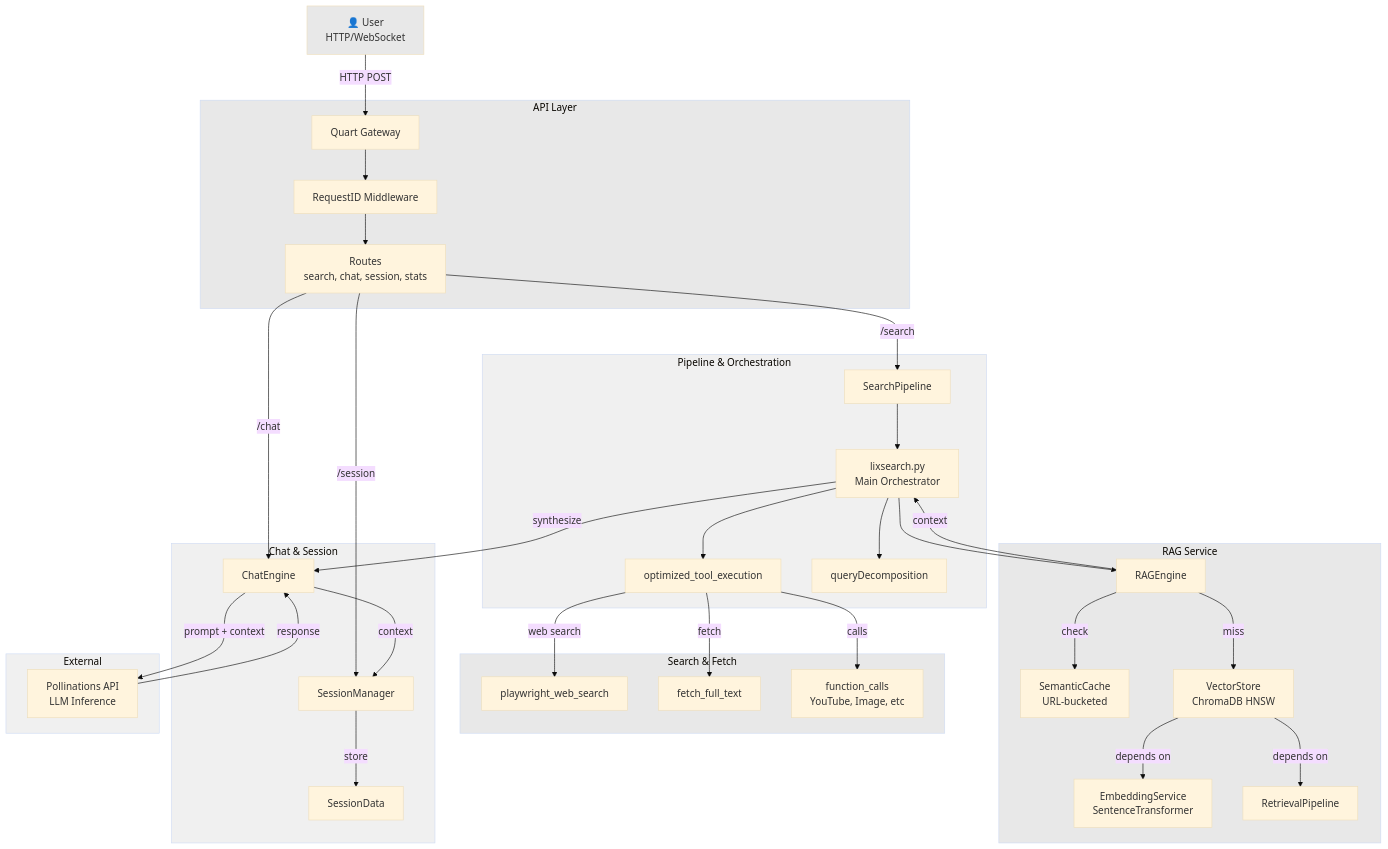
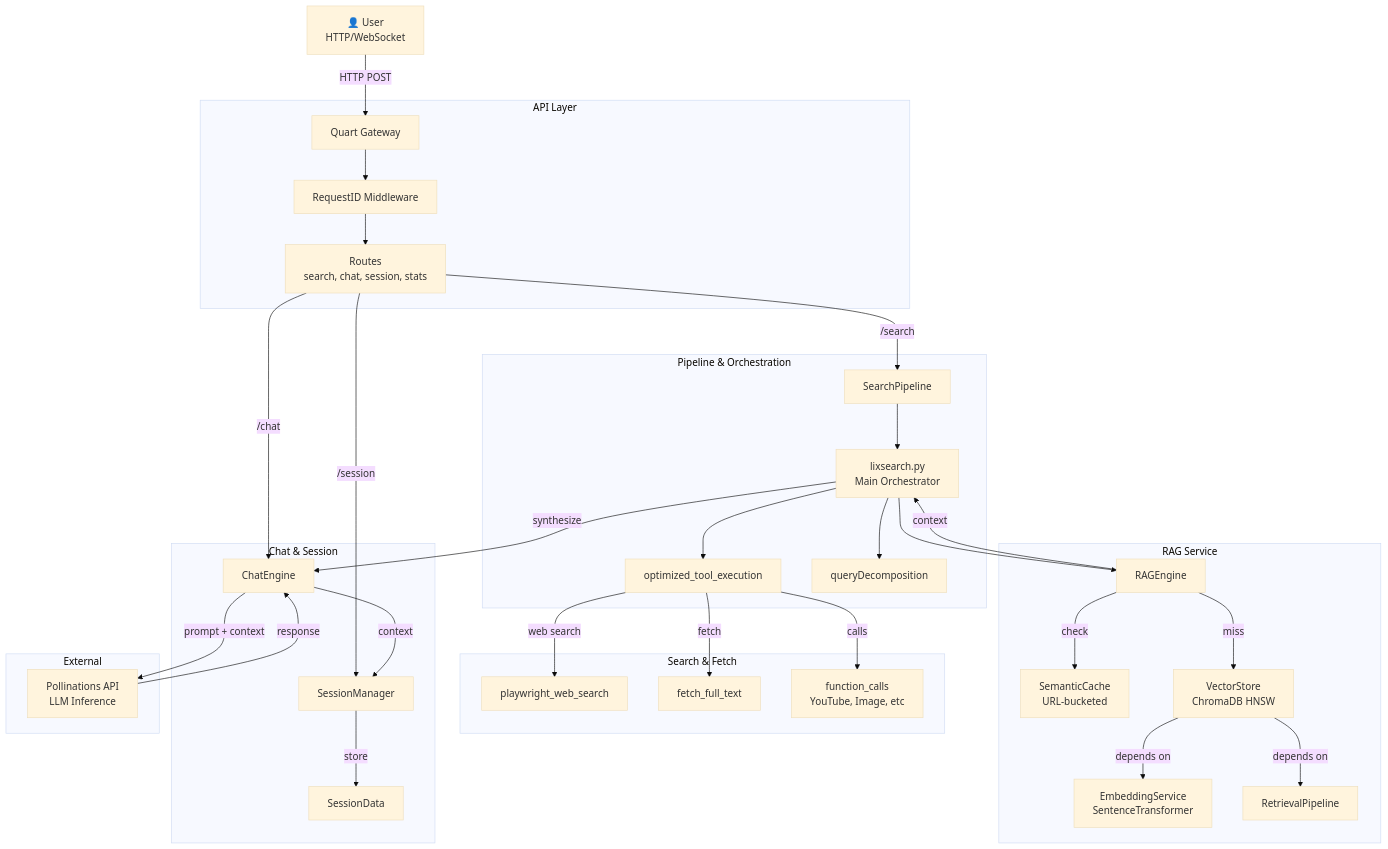
One commit to pollinations/lixSearch changed diagram 18 of 18 in DOCS/FULL_ARCHITECTURE.md. Above: the diagram before and after it, drawn with Mermaid (base theme). The commit also changed other lines of this file, not shown here.

Commit message:
feat: Enhance documentation with Node.js API services layer and service orchestration details

````diff
--- a/DOCS/FULL_ARCHITECTURE.md
+++ b/DOCS/FULL_ARCHITECTURE.md
@@ -1549,78 +1665,78 @@
 ```mermaid
 graph TB
     User["👤 User<br/>HTTP/WebSocket"]
     
     subgraph API["API Layer"]
         Gateway["Quart Gateway"]
         Middleware["RequestID Middleware"]
         Routes["Routes<br/>search, chat, session, stats"]
     end
     
     subgraph Pipeline["Pipeline & Orchestration"]
         SearchPipeline["SearchPipeline"]
         LixSearch["lixsearch.py<br/>Main Orchestrator"]
         ToolExec["optimized_tool_execution"]
         Decompose["queryDecomposition"]
     end
     
     subgraph Search["Search & Fetch"]
         WebSearch["playwright_web_search"]
         FetchText["fetch_full_text"]
         Tools["function_calls<br/>YouTube, Image, etc"]
     end
     
     subgraph RAG["RAG Service"]
         RAGEngine["RAGEngine"]
         SemanticCache["SemanticCache<br/>URL-bucketed"]
         EmbedService["EmbeddingService<br/>SentenceTransformer"]
         VecStore["VectorStore<br/>ChromaDB HNSW"]
         RetPipeline["RetrievalPipeline"]
     end
     
     subgraph Chat["Chat & Session"]
         ChatEngine["ChatEngine"]
         SessionMgr["SessionManager"]
         SessionData["SessionData"]
     end
     
     subgraph LLM["External"]
         Pollinations["Pollinations API<br/>LLM Inference"]
     end
     
     User -->|HTTP POST| Gateway
     Gateway --> Middleware
     Middleware --> Routes
     Routes -->|/search| SearchPipeline
     Routes -->|/chat| ChatEngine
     Routes -->|/session| SessionMgr
     
     SearchPipeline --> LixSearch
     LixSearch --> Decompose
     LixSearch --> ToolExec
     
     ToolExec -->|web search| WebSearch
     ToolExec -->|fetch| FetchText
     ToolExec -->|calls| Tools
     
     LixSearch --> RAGEngine
     RAGEngine -->|check| SemanticCache
     RAGEngine -->|miss| VecStore
     VecStore -->|depends on| EmbedService
     VecStore -->|depends on| RetPipeline
     
     RAGEngine -->|context| LixSearch
     LixSearch -->|synthesize| ChatEngine
     ChatEngine -->|context| SessionMgr
     SessionMgr -->|store| SessionData
     
     ChatEngine -->|prompt + context| Pollinations
     Pollinations -->|response| ChatEngine
     
-    style User fill:#E8E8E8
-    style API fill:#E8E8E8
-    style Pipeline fill:#F0F0F0
-    style Search fill:#E8E8E8
-    style RAG fill:#E8E8E8
-    style Chat fill:#F0F0F0
-    style LLM fill:#F0F0F0
+    style User fill:#000;color:#fff
+    style API fill:#000;color:#fff
+    style Pipeline fill:#000;color:#fff
+    style Search fill:#000;color:#fff
+    style RAG fill:#000;color:#fff
+    style Chat fill:#000;color:#fff
+    style LLM fill:#000;color:#fff
 ```
````
